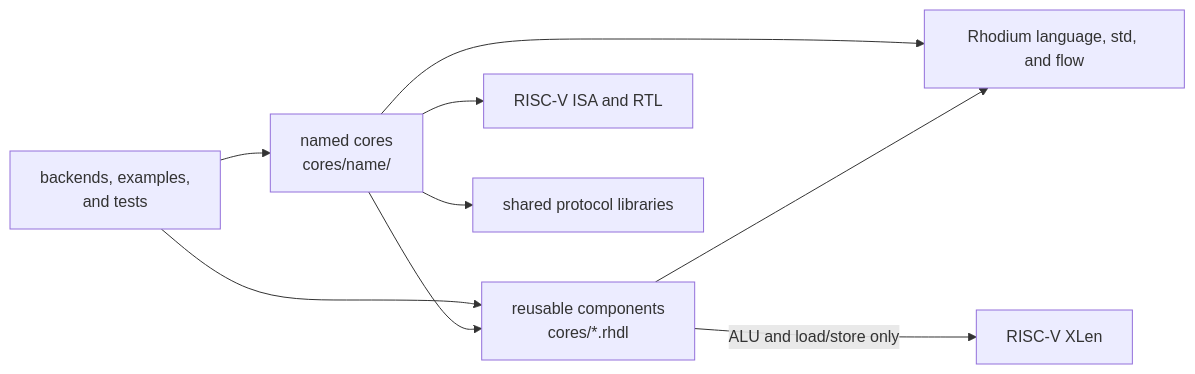
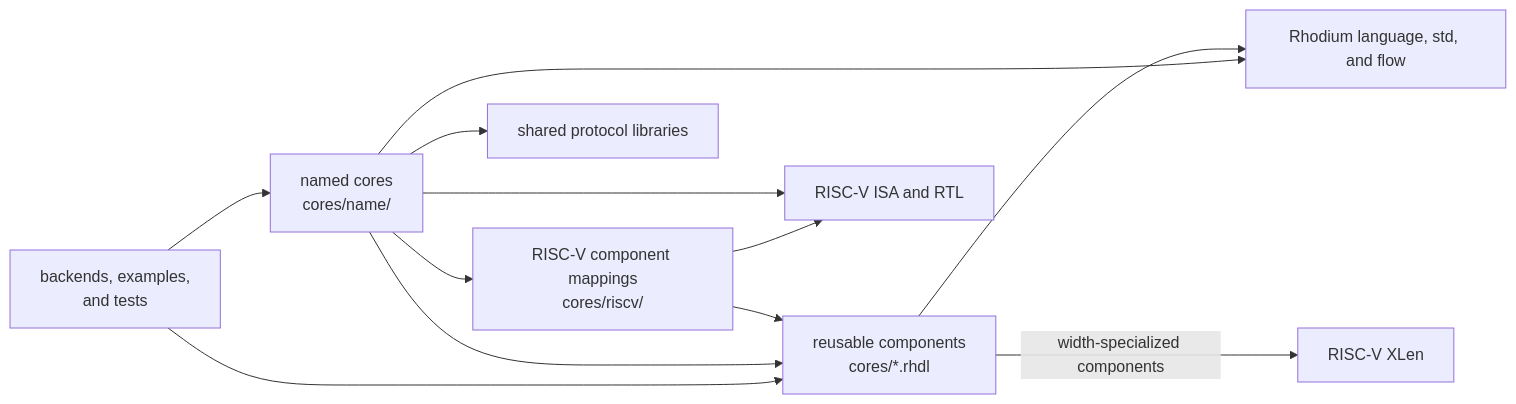
The diagram in cores/DEVELOPING.md (jerryz123/rhodium), drawn with Mermaid before and after one commit. The commit also changed other lines of this file and 151 other files, not shown here.

````diff
--- a/cores/DEVELOPING.md
+++ b/cores/DEVELOPING.md
@@ -30,11 +34,14 @@
 ```mermaid
 flowchart LR
   Consumers["backends, examples,<br/>and tests"] --> Named["named cores<br/>cores/name/"]
   Consumers --> Reusable["reusable components<br/>cores/*.rhdl"]
   Named --> Reusable
+  Named --> Mapping["RISC-V component mappings<br/>cores/riscv/"]
+  Mapping --> Reusable
+  Mapping --> Riscv
   Named --> Riscv["RISC-V ISA and RTL"]
   Named --> Protocols["shared protocol libraries"]
   Named --> Rhodium["Rhodium language, std, and flow"]
   Reusable --> Rhodium
-  Reusable -->|"ALU and load/store only"| Xlen["RISC-V XLen"]
+  Reusable -->|"width-specialized components"| Xlen["RISC-V XLen"]
 ```
````
